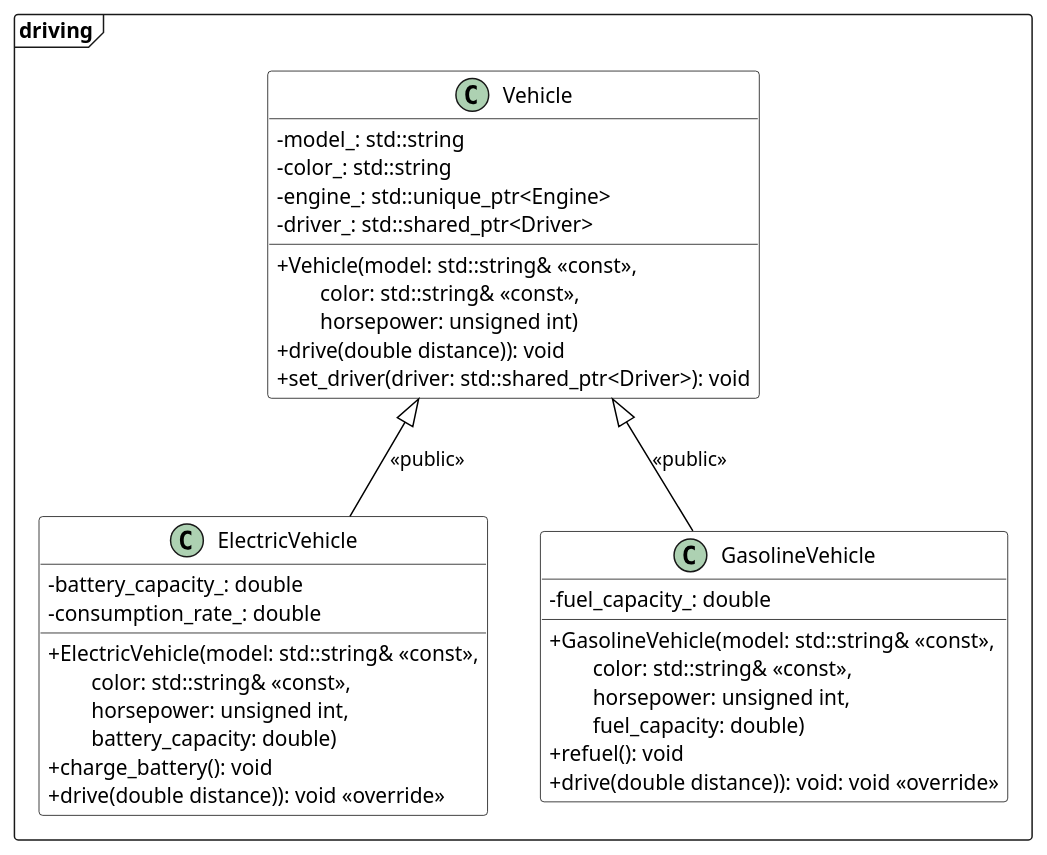
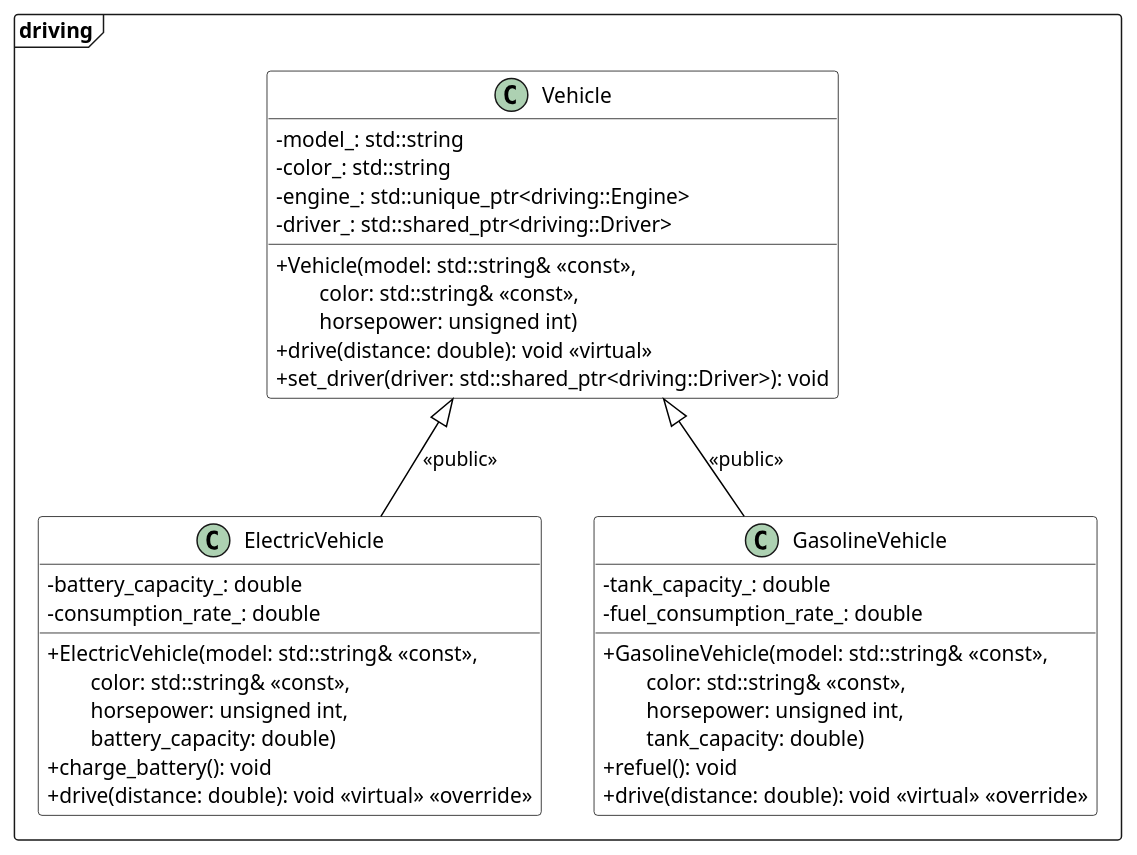
The diagram in lecture8/diagrams/driving_inheritance.wsd (rahulk-99/enpm702_fall2024), drawn with PlantUML before and after one commit. The commit also changed 3 other files, not shown here.

```diff
--- a/lecture8/diagrams/driving_inheritance.wsd
+++ b/lecture8/diagrams/driving_inheritance.wsd
@@ -1,62 +1,63 @@
 @startuml "Driving Scenario"
 
 skinparam classAttributeIconSize 0
 skinparam class {
     BackgroundColor White
     ArrowColor Black
     BorderColor Black
 }
 
 Package driving <<Frame>>{
 
 class ElectricVehicle {
     -battery_capacity_: double
     -consumption_rate_: double
     +ElectricVehicle(model: std::string& <<const>>,\n\tcolor: std::string& <<const>>,\n\thorsepower: unsigned int,\n\tbattery_capacity: double)
     +charge_battery(): void
-    +drive(double distance)): void <<override>>
+    +drive(distance: double): void <<virtual>> <<override>>
 }
 
 class GasolineVehicle {
-    -fuel_capacity_: double
-    +GasolineVehicle(model: std::string& <<const>>,\n\tcolor: std::string& <<const>>,\n\thorsepower: unsigned int,\n\tfuel_capacity: double)
+    -tank_capacity_: double
+    -fuel_consumption_rate_: double
+    +GasolineVehicle(model: std::string& <<const>>,\n\tcolor: std::string& <<const>>,\n\thorsepower: unsigned int,\n\ttank_capacity: double)
     +refuel(): void
-    +drive(double distance)): void: void <<override>>
+    +drive(distance: double): void <<virtual>> <<override>>
 }
 
 class Vehicle {
     -model_: std::string
     -color_: std::string
-    -engine_: std::unique_ptr<Engine>
-    -driver_: std::shared_ptr<Driver>
+    -engine_: std::unique_ptr<driving::Engine>
+    -driver_: std::shared_ptr<driving::Driver>
     +Vehicle(model: std::string& <<const>>,\n\tcolor: std::string& <<const>>,\n\thorsepower: unsigned int)
-    +drive(double distance)): void
-    +set_driver(driver: std::shared_ptr<Driver>): void
+    +drive(distance: double): void <<virtual>> 
+    +set_driver(driver: std::shared_ptr<driving::Driver>): void
 }
 
 ' class Engine {
 
 ' }
 
 ' class Driver {
 
 ' }
 
 ' class Date {
 
 ' }
 
 
 
 ElectricVehicle --up|> Vehicle: <<public>>
 GasolineVehicle -up-|> Vehicle: <<public>>
 
 ' left of Vehicle
 ' GasolineVehicle
 
 
 ' Vehicle *-- "1" Engine : has <<unique>> >
 ' Vehicle o-- "1" Driver : is_driven_by <<shared>> >
 ' Driver *-- "1" Date : has_birthdate <<value>> >
 }
 @enduml
```
